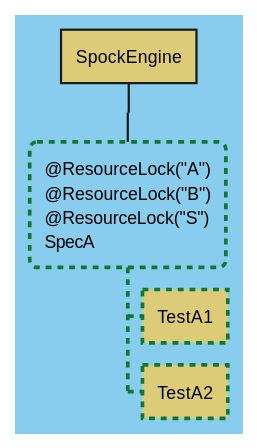
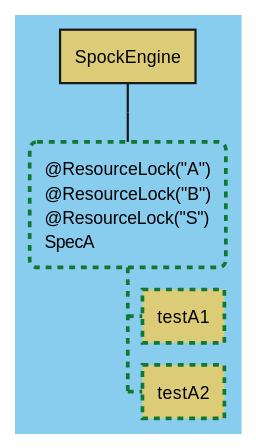
Before and after one commit to spockframework/spock: diagram 14 of 15 in docs/parallel_execution.adoc, drawn with PlantUML. The commit also changed other lines of this file, not shown here.

Commit message:
Rename upper case Test to test in parallel_execution.adoc

```diff
--- a/docs/parallel_execution.adoc
+++ b/docs/parallel_execution.adoc
@@ -633,33 +633,33 @@
 [plantuml,images/lock-coarsening-after,svg]
 ....
 @startwbs
 <style>
 wbsDiagram {
   BackgroundColor #88CCEE
   RoundCorner 10
   node {
     :depth(0) {
       BackgroundColor #DDCC77
       RoundCorner 0
     }
   }
 
   .samethread * {
       BackgroundColor #DDCC77
       RoundCorner 0
   }
 
   .write_lock * {
       LineStyle 4
       LineThickness 2.5
       LineColor #117733
   }
 }
 </style>
 skinparam shadowing false
 * SpockEngine
 ** @ResourceLock("A")\n@ResourceLock("B")\n@ResourceLock("S")\nSpecA <<write_lock>>
-*** TestA1 <<samethread>>
-*** TestA2 <<samethread>>
+*** testA1 <<samethread>>
+*** testA2 <<samethread>>
 @endwbs
 ....
```
